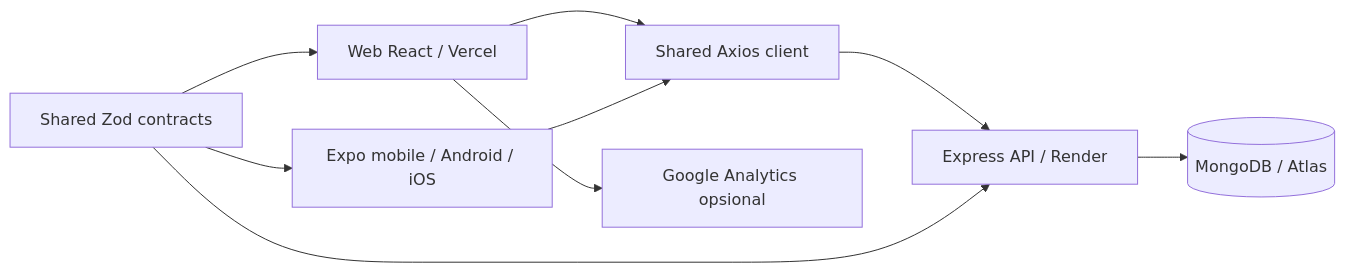
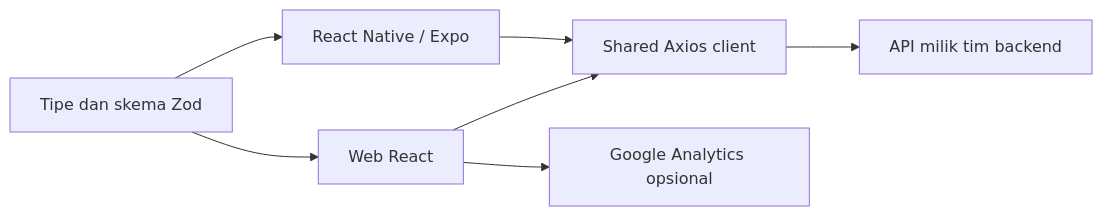
The diagram in docs/ARCHITECTURE.md (EricJonatan/group-7-project), drawn with Mermaid before and after one commit. The commit also changed other lines of this file and 34 other files, not shown here.

````diff
--- a/docs/ARCHITECTURE.md
+++ b/docs/ARCHITECTURE.md
@@ -3,11 +3,9 @@
 ```mermaid
 flowchart LR
-  W[Web React / Vercel] --> C[Shared Axios client]
-  M[Expo mobile / Android / iOS] --> C
-  C --> A[Express API / Render]
-  A --> DB[(MongoDB / Atlas)]
-  V[Shared Zod contracts] --> W
+  W[Web React] --> C[Shared Axios client]
+  M[React Native / Expo] --> C
+  C --> A[API milik tim backend]
+  V[Tipe dan skema Zod] --> W
   V --> M
-  V --> A
   W --> G[Google Analytics opsional]
 ```
````
